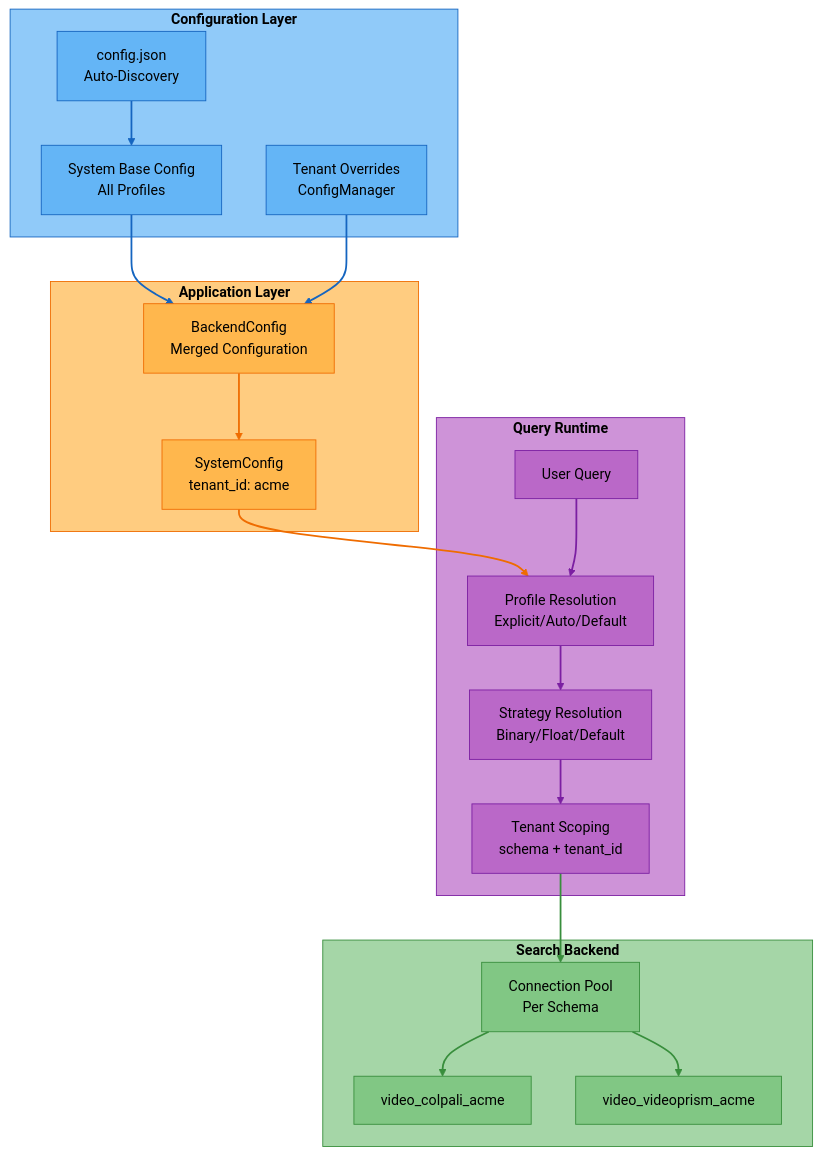
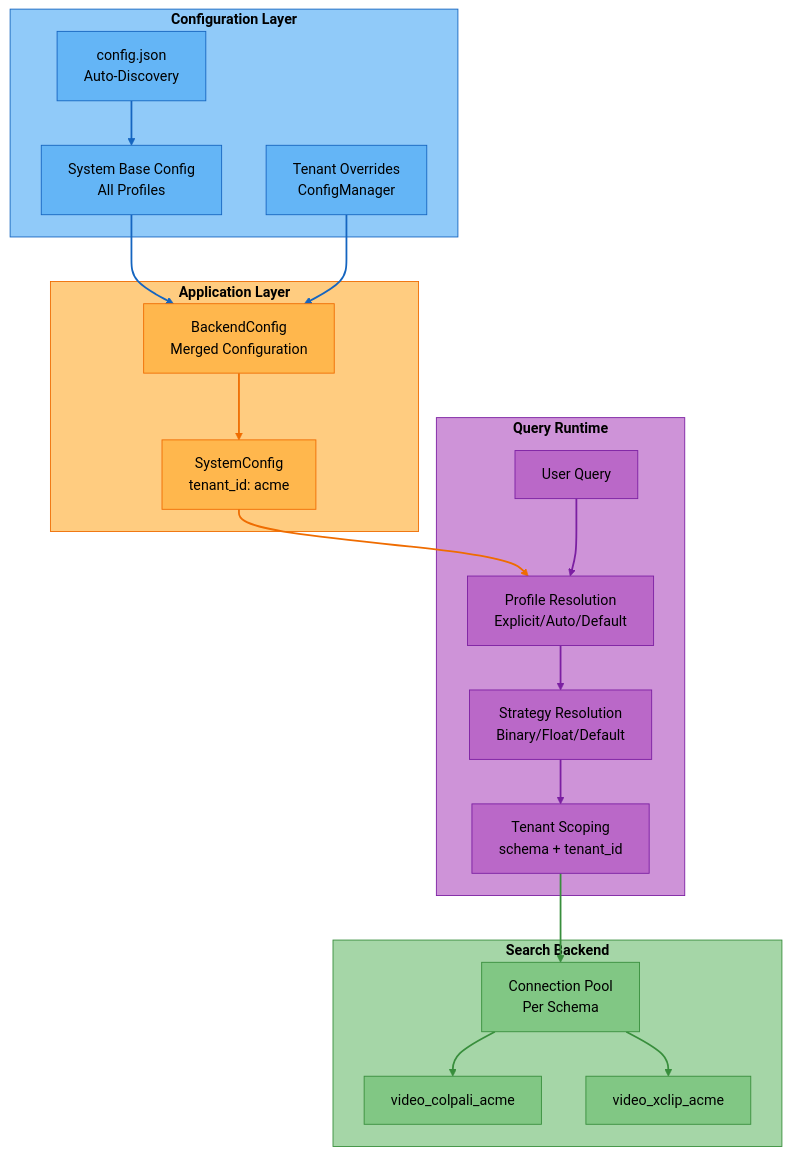
The fourth of 6 diagrams in docs/architecture/overview.md (amit-jain/cogniverse), drawn with Mermaid (forest theme) before and after one commit. The commit also changed 168 other files, not shown here.

````diff
--- a/docs/architecture/overview.md
+++ b/docs/architecture/overview.md
@@ -444,66 +444,66 @@
 ```mermaid
 flowchart TB
     subgraph Config["<span style='color:#000'><b>Configuration Layer</b></span>"]
         ConfigFile["<span style='color:#000'>config.json<br/>Auto-Discovery</span>"]
         SystemBase["<span style='color:#000'>System Base Config<br/>All Profiles</span>"]
         TenantOverride["<span style='color:#000'>Tenant Overrides<br/>ConfigManager</span>"]
     end
 
     subgraph Application["<span style='color:#000'><b>Application Layer</b></span>"]
         SystemConfig["<span style='color:#000'>SystemConfig<br/>tenant_id: acme</span>"]
         BackendConfigNode["<span style='color:#000'>BackendConfig<br/>Merged Configuration</span>"]
     end
 
     subgraph Runtime["<span style='color:#000'><b>Query Runtime</b></span>"]
         Query["<span style='color:#000'>User Query</span>"]
         ProfileResolution["<span style='color:#000'>Profile Resolution<br/>Explicit/Auto/Default</span>"]
         StrategyResolution["<span style='color:#000'>Strategy Resolution<br/>Binary/Float/Default</span>"]
         TenantScoping["<span style='color:#000'>Tenant Scoping<br/>schema + tenant_id</span>"]
     end
 
     subgraph Backend["<span style='color:#000'><b>Search Backend</b></span>"]
         ConnectionPool["<span style='color:#000'>Connection Pool<br/>Per Schema</span>"]
         Schema1["<span style='color:#000'>video_colpali_acme</span>"]
-        Schema2["<span style='color:#000'>video_videoprism_acme</span>"]
+        Schema2["<span style='color:#000'>video_xclip_acme</span>"]
     end
 
     ConfigFile --> SystemBase
     SystemBase --> BackendConfigNode
     TenantOverride --> BackendConfigNode
     BackendConfigNode --> SystemConfig
     SystemConfig --> ProfileResolution
 
     Query --> ProfileResolution
     ProfileResolution --> StrategyResolution
     StrategyResolution --> TenantScoping
 
     TenantScoping --> ConnectionPool
     ConnectionPool --> Schema1
     ConnectionPool --> Schema2
 
     style Config fill:#90caf9,stroke:#1565c0,color:#000
     style Application fill:#ffcc80,stroke:#ef6c00,color:#000
     style Runtime fill:#ce93d8,stroke:#7b1fa2,color:#000
     style Backend fill:#a5d6a7,stroke:#388e3c,color:#000
 
     style ConfigFile fill:#64b5f6,stroke:#1565c0,color:#000
     style SystemBase fill:#64b5f6,stroke:#1565c0,color:#000
     style TenantOverride fill:#64b5f6,stroke:#1565c0,color:#000
 
     style SystemConfig fill:#ffb74d,stroke:#ef6c00,color:#000
     style BackendConfigNode fill:#ffb74d,stroke:#ef6c00,color:#000
 
     style Query fill:#ba68c8,stroke:#7b1fa2,color:#000
     style ProfileResolution fill:#ba68c8,stroke:#7b1fa2,color:#000
     style StrategyResolution fill:#ba68c8,stroke:#7b1fa2,color:#000
     style TenantScoping fill:#ba68c8,stroke:#7b1fa2,color:#000
 
     style ConnectionPool fill:#81c784,stroke:#388e3c,color:#000
     style Schema1 fill:#81c784,stroke:#388e3c,color:#000
     style Schema2 fill:#81c784,stroke:#388e3c,color:#000
 
     linkStyle 0,1,2 stroke:#1565c0,stroke-width:2px
     linkStyle 3,4 stroke:#ef6c00,stroke-width:2px
     linkStyle 5,6,7 stroke:#7b1fa2,stroke-width:2px
     linkStyle 8,9,10 stroke:#388e3c,stroke-width:2px
 ```
````
